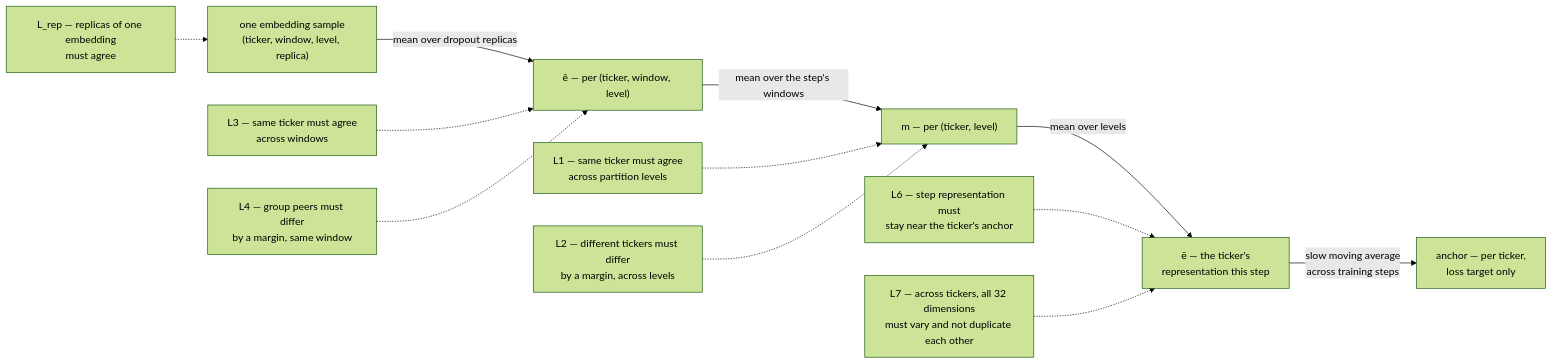
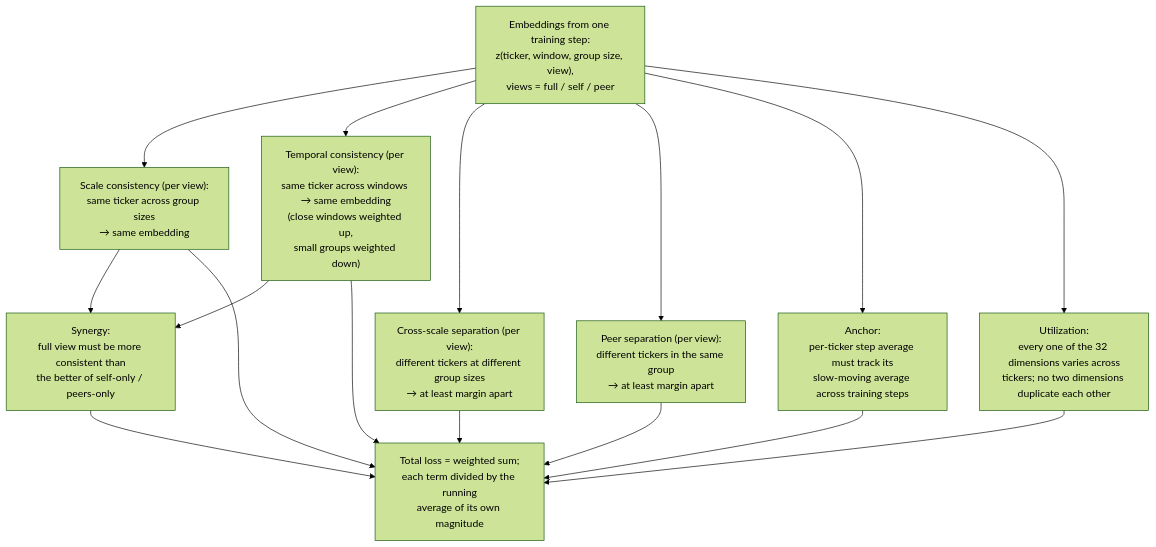
The fourth of 4 diagrams in stock_identity.md (hpnyaggerman/stonks), drawn with Mermaid (forest theme) before and after one commit. The commit also changed other lines of this file, not shown here.

````diff
--- a/stock_identity.md
+++ b/stock_identity.md
@@ -178,15 +163,19 @@
 ```mermaid
-flowchart LR
-    e["one embedding sample<br>(ticker, window, level, replica)"]
-    e -->|"mean over dropout replicas"| ehat["ê — per (ticker, window, level)"]
-    ehat -->|"mean over the step's windows"| m["m — per (ticker, level)"]
-    m -->|"mean over levels"| ebar["ē — the ticker's<br>representation this step"]
-    ebar -->|"slow moving average<br>across training steps"| anc["anchor — per ticker,<br>loss target only"]
-    Lrep["L_rep — replicas of one embedding<br>must agree"] -.-> e
-    L3n["L3 — same ticker must agree<br>across windows"] -.-> ehat
-    L4n["L4 — group peers must differ<br>by a margin, same window"] -.-> ehat
-    L1n["L1 — same ticker must agree<br>across partition levels"] -.-> m
-    L2n["L2 — different tickers must differ<br>by a margin, across levels"] -.-> m
-    L6n["L6 — step representation must<br>stay near the ticker's anchor"] -.-> ebar
-    L7n["L7 — across tickers, all 32 dimensions<br>must vary and not duplicate each other"] -.-> ebar
+flowchart TD
+    Z["Embeddings from one training step:<br/>z(ticker, window, group size, view),<br/>views = full / self / peer"]
+    Z --> SC["Scale consistency (per view):<br/>same ticker across group sizes<br/>→ same embedding"]
+    Z --> TC["Temporal consistency (per view):<br/>same ticker across windows → same embedding<br/>(close windows weighted up,<br/>small groups weighted down)"]
+    Z --> XS["Cross-scale separation (per view):<br/>different tickers at different group sizes<br/>→ at least margin apart"]
+    Z --> PS["Peer separation (per view):<br/>different tickers in the same group<br/>→ at least margin apart"]
+    SC --> SYN["Synergy:<br/>full view must be more consistent than<br/>the better of self-only / peers-only"]
+    TC --> SYN
+    Z --> ANC["Anchor:<br/>per-ticker step average must track its<br/>slow-moving average across training steps"]
+    Z --> UTIL["Utilization:<br/>every one of the 32 dimensions varies across<br/>tickers; no two dimensions duplicate each other"]
+    SC --> TOT["Total loss = weighted sum;<br/>each term divided by the running<br/>average of its own magnitude"]
+    TC --> TOT
+    XS --> TOT
+    PS --> TOT
+    SYN --> TOT
+    ANC --> TOT
+    UTIL --> TOT
 ```
````
